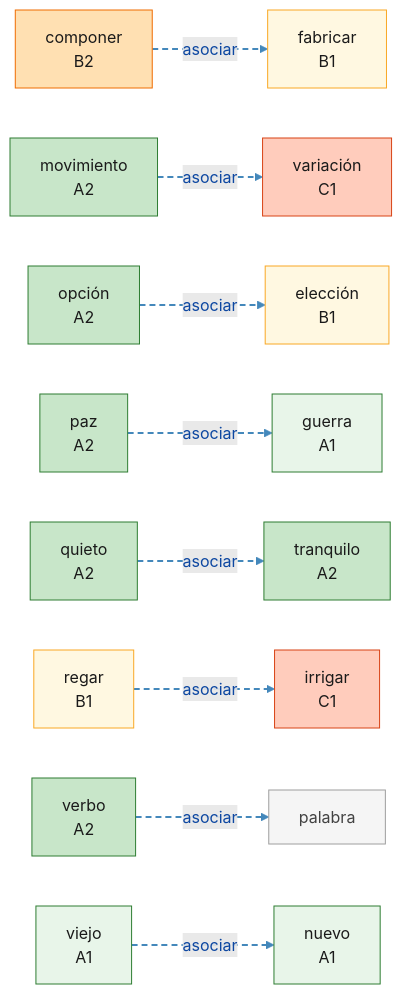
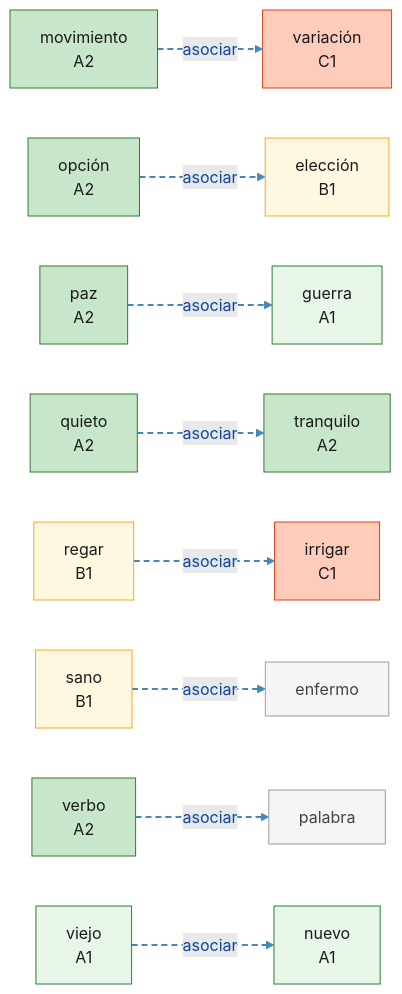
The diagram in mindmaps/asociar_m-z-1-3.md (auding1900/es-raiz-vocab), drawn with Mermaid before and after one commit. The commit also changed other lines of this file and 30 other files, not shown here.

First line of the commit message:
feat(data): 新增 C9 词根导图：path,dol,san,cur,med,vulner,contag,pest

````diff
--- a/mindmaps/asociar_m-z-1-3.md
+++ b/mindmaps/asociar_m-z-1-3.md
@@ -8,59 +8,59 @@
 ```mermaid
 graph LR
-  W_componer["componer<br/>B2"]:::lvlB2
   W_eleccion["elección<br/>B1"]:::lvlB1
-  W_fabricar["fabricar<br/>B1"]:::lvlB1
+  W_enfermo["enfermo"]:::lvlNA
   W_guerra["guerra<br/>A1"]:::lvlA1
   W_irrigar["irrigar<br/>C1"]:::lvlC1
   W_movimiento["movimiento<br/>A2"]:::lvlA2
   W_nuevo["nuevo<br/>A1"]:::lvlA1
   W_opcion["opción<br/>A2"]:::lvlA2
   W_palabra["palabra"]:::lvlNA
   W_paz["paz<br/>A2"]:::lvlA2
   W_quieto["quieto<br/>A2"]:::lvlA2
   W_regar["regar<br/>B1"]:::lvlB1
+  W_sano["sano<br/>B1"]:::lvlB1
   W_tranquilo["tranquilo<br/>A2"]:::lvlA2
   W_variacion["variación<br/>C1"]:::lvlC1
   W_verbo["verbo<br/>A2"]:::lvlA2
   W_viejo["viejo<br/>A1"]:::lvlA1
   W_paz -.->|asociar| W_guerra
+  W_sano -.->|asociar| W_enfermo
   W_verbo -.->|asociar| W_palabra
   W_regar -.->|asociar| W_irrigar
   W_opcion -.->|asociar| W_eleccion
   W_viejo -.->|asociar| W_nuevo
   W_movimiento -.->|asociar| W_variacion
   W_quieto -.->|asociar| W_tranquilo
-  W_componer -.->|asociar| W_fabricar
   linkStyle 0 stroke:#4488bb,stroke-width:2px,stroke-dasharray:6 4
   linkStyle 1 stroke:#4488bb,stroke-width:2px,stroke-dasharray:6 4
   linkStyle 2 stroke:#4488bb,stroke-width:2px,stroke-dasharray:6 4
   linkStyle 3 stroke:#4488bb,stroke-width:2px,stroke-dasharray:6 4
   linkStyle 4 stroke:#4488bb,stroke-width:2px,stroke-dasharray:6 4
   linkStyle 5 stroke:#4488bb,stroke-width:2px,stroke-dasharray:6 4
   linkStyle 6 stroke:#4488bb,stroke-width:2px,stroke-dasharray:6 4
   linkStyle 7 stroke:#4488bb,stroke-width:2px,stroke-dasharray:6 4
   classDef root fill:#bbdefb,stroke:#1565c0,stroke-width:2px,color:#0d47a1
   classDef lvlA1 fill:#e8f5e9,stroke:#2e7d32,color:#1a1a1a
   classDef lvlA2 fill:#c8e6c9,stroke:#2e7d32,color:#1a1a1a
   classDef lvlB1 fill:#fff8e1,stroke:#f9a825,color:#1a1a1a
   classDef lvlB2 fill:#ffe0b2,stroke:#ef6c00,color:#1a1a1a
   classDef lvlC1 fill:#ffccbc,stroke:#d84315,color:#1a1a1a
   classDef lvlC2 fill:#ffcdd2,stroke:#b71c1c,color:#1a1a1a
   classDef lvlNA fill:#f5f5f5,stroke:#9e9e9e,color:#424242
-  click W_componer "https://www.doubao.com/chat?q=%E8%A5%BF%E7%8F%AD%E7%89%99%E8%AF%ADcomponer%EF%BC%8C%E8%AF%8D%E6%A0%B9pon%EF%BC%8C%E8%A7%A3%E9%87%8A%E8%AF%8D%E4%B9%89%E3%80%81DELE%E7%AD%89%E7%BA%A7%E3%80%81%E8%AF%AD%E4%BD%93%E3%80%81%E5%B8%B8%E7%94%A8%E6%90%AD%E9%85%8D%E3%80%81%E8%BF%91%E4%B9%89%E8%AF%8D%E8%BE%A8%E6%9E%90%EF%BC%8C%E5%B9%B6%E4%B8%94%E7%BB%992%E6%9D%A1%E6%9D%A5%E8%87%AA%E5%85%AC%E7%89%88%E8%A5%BF%E8%AF%AD%E6%96%87%E6%9C%AC%EF%BC%88Wikisource%2F%E5%8F%A4%E7%99%BB%E5%A0%A1%EF%BC%89%E7%9A%84%E8%87%AA%E7%84%B6%E4%BE%8B%E5%8F%A5%EF%BC%8C%E4%BE%8B%E5%8F%A5%E4%BC%98%E5%85%88%E9%80%89%E7%94%A8%E7%8E%B0%E4%BB%A3%E6%A0%87%E5%87%86%E8%A5%BF%E7%8F%AD%E7%89%99%E8%AF%AD%EF%BC%8C%E5%8F%A4%E4%BD%93%E4%BE%8B%E5%8F%A5%E6%A0%87%E6%B3%A8%E3%80%90arca%C3%ADsmo%E3%80%91" "豆包查询：componer" _blank
   click W_eleccion "https://www.doubao.com/chat?q=%E8%A5%BF%E7%8F%AD%E7%89%99%E8%AF%ADelecci%C3%B3n%EF%BC%8C%E8%AF%8D%E6%A0%B9leg%EF%BC%8C%E8%A7%A3%E9%87%8A%E8%AF%8D%E4%B9%89%E3%80%81DELE%E7%AD%89%E7%BA%A7%E3%80%81%E8%AF%AD%E4%BD%93%E3%80%81%E5%B8%B8%E7%94%A8%E6%90%AD%E9%85%8D%E3%80%81%E8%BF%91%E4%B9%89%E8%AF%8D%E8%BE%A8%E6%9E%90%EF%BC%8C%E5%B9%B6%E4%B8%94%E7%BB%992%E6%9D%A1%E6%9D%A5%E8%87%AA%E5%85%AC%E7%89%88%E8%A5%BF%E8%AF%AD%E6%96%87%E6%9C%AC%EF%BC%88Wikisource%2F%E5%8F%A4%E7%99%BB%E5%A0%A1%EF%BC%89%E7%9A%84%E8%87%AA%E7%84%B6%E4%BE%8B%E5%8F%A5%EF%BC%8C%E4%BE%8B%E5%8F%A5%E4%BC%98%E5%85%88%E9%80%89%E7%94%A8%E7%8E%B0%E4%BB%A3%E6%A0%87%E5%87%86%E8%A5%BF%E7%8F%AD%E7%89%99%E8%AF%AD%EF%BC%8C%E5%8F%A4%E4%BD%93%E4%BE%8B%E5%8F%A5%E6%A0%87%E6%B3%A8%E3%80%90arca%C3%ADsmo%E3%80%91" "豆包查询：elección" _blank
-  click W_fabricar "https://www.doubao.com/chat?q=%E8%A5%BF%E7%8F%AD%E7%89%99%E8%AF%ADfabricar%EF%BC%8C%E8%AF%8D%E6%A0%B9fac%EF%BC%8C%E8%A7%A3%E9%87%8A%E8%AF%8D%E4%B9%89%E3%80%81DELE%E7%AD%89%E7%BA%A7%E3%80%81%E8%AF%AD%E4%BD%93%E3%80%81%E5%B8%B8%E7%94%A8%E6%90%AD%E9%85%8D%E3%80%81%E8%BF%91%E4%B9%89%E8%AF%8D%E8%BE%A8%E6%9E%90%EF%BC%8C%E5%B9%B6%E4%B8%94%E7%BB%992%E6%9D%A1%E6%9D%A5%E8%87%AA%E5%85%AC%E7%89%88%E8%A5%BF%E8%AF%AD%E6%96%87%E6%9C%AC%EF%BC%88Wikisource%2F%E5%8F%A4%E7%99%BB%E5%A0%A1%EF%BC%89%E7%9A%84%E8%87%AA%E7%84%B6%E4%BE%8B%E5%8F%A5%EF%BC%8C%E4%BE%8B%E5%8F%A5%E4%BC%98%E5%85%88%E9%80%89%E7%94%A8%E7%8E%B0%E4%BB%A3%E6%A0%87%E5%87%86%E8%A5%BF%E7%8F%AD%E7%89%99%E8%AF%AD%EF%BC%8C%E5%8F%A4%E4%BD%93%E4%BE%8B%E5%8F%A5%E6%A0%87%E6%B3%A8%E3%80%90arca%C3%ADsmo%E3%80%91" "豆包查询：fabricar" _blank
+  click W_enfermo "https://www.doubao.com/chat?q=%E8%A5%BF%E7%8F%AD%E7%89%99%E8%AF%ADenfermo%EF%BC%8C%E8%A7%A3%E9%87%8A%E8%AF%8D%E4%B9%89%E3%80%81DELE%E7%AD%89%E7%BA%A7%E3%80%81%E8%AF%AD%E4%BD%93%E3%80%81%E5%B8%B8%E7%94%A8%E6%90%AD%E9%85%8D%E3%80%81%E8%BF%91%E4%B9%89%E8%AF%8D%E8%BE%A8%E6%9E%90%EF%BC%8C%E5%B9%B6%E4%B8%94%E7%BB%992%E6%9D%A1%E6%9D%A5%E8%87%AA%E5%85%AC%E7%89%88%E8%A5%BF%E8%AF%AD%E6%96%87%E6%9C%AC%EF%BC%88Wikisource%2F%E5%8F%A4%E7%99%BB%E5%A0%A1%EF%BC%89%E7%9A%84%E8%87%AA%E7%84%B6%E4%BE%8B%E5%8F%A5%EF%BC%8C%E4%BE%8B%E5%8F%A5%E4%BC%98%E5%85%88%E9%80%89%E7%94%A8%E7%8E%B0%E4%BB%A3%E6%A0%87%E5%87%86%E8%A5%BF%E7%8F%AD%E7%89%99%E8%AF%AD%EF%BC%8C%E5%8F%A4%E4%BD%93%E4%BE%8B%E5%8F%A5%E6%A0%87%E6%B3%A8%E3%80%90arca%C3%ADsmo%E3%80%91" "豆包查询：enfermo" _blank
   click W_guerra "https://www.doubao.com/chat?q=%E8%A5%BF%E7%8F%AD%E7%89%99%E8%AF%ADguerra%EF%BC%8C%E8%AF%8D%E6%A0%B9bell%EF%BC%8C%E8%A7%A3%E9%87%8A%E8%AF%8D%E4%B9%89%E3%80%81DELE%E7%AD%89%E7%BA%A7%E3%80%81%E8%AF%AD%E4%BD%93%E3%80%81%E5%B8%B8%E7%94%A8%E6%90%AD%E9%85%8D%E3%80%81%E8%BF%91%E4%B9%89%E8%AF%8D%E8%BE%A8%E6%9E%90%EF%BC%8C%E5%B9%B6%E4%B8%94%E7%BB%992%E6%9D%A1%E6%9D%A5%E8%87%AA%E5%85%AC%E7%89%88%E8%A5%BF%E8%AF%AD%E6%96%87%E6%9C%AC%EF%BC%88Wikisource%2F%E5%8F%A4%E7%99%BB%E5%A0%A1%EF%BC%89%E7%9A%84%E8%87%AA%E7%84%B6%E4%BE%8B%E5%8F%A5%EF%BC%8C%E4%BE%8B%E5%8F%A5%E4%BC%98%E5%85%88%E9%80%89%E7%94%A8%E7%8E%B0%E4%BB%A3%E6%A0%87%E5%87%86%E8%A5%BF%E7%8F%AD%E7%89%99%E8%AF%AD%EF%BC%8C%E5%8F%A4%E4%BD%93%E4%BE%8B%E5%8F%A5%E6%A0%87%E6%B3%A8%E3%80%90arca%C3%ADsmo%E3%80%91" "豆包查询：guerra" _blank
   click W_irrigar "https://www.doubao.com/chat?q=%E8%A5%BF%E7%8F%AD%E7%89%99%E8%AF%ADirrigar%EF%BC%8C%E8%AF%8D%E6%A0%B9irrig%EF%BC%8C%E8%A7%A3%E9%87%8A%E8%AF%8D%E4%B9%89%E3%80%81DELE%E7%AD%89%E7%BA%A7%E3%80%81%E8%AF%AD%E4%BD%93%E3%80%81%E5%B8%B8%E7%94%A8%E6%90%AD%E9%85%8D%E3%80%81%E8%BF%91%E4%B9%89%E8%AF%8D%E8%BE%A8%E6%9E%90%EF%BC%8C%E5%B9%B6%E4%B8%94%E7%BB%992%E6%9D%A1%E6%9D%A5%E8%87%AA%E5%85%AC%E7%89%88%E8%A5%BF%E8%AF%AD%E6%96%87%E6%9C%AC%EF%BC%88Wikisource%2F%E5%8F%A4%E7%99%BB%E5%A0%A1%EF%BC%89%E7%9A%84%E8%87%AA%E7%84%B6%E4%BE%8B%E5%8F%A5%EF%BC%8C%E4%BE%8B%E5%8F%A5%E4%BC%98%E5%85%88%E9%80%89%E7%94%A8%E7%8E%B0%E4%BB%A3%E6%A0%87%E5%87%86%E8%A5%BF%E7%8F%AD%E7%89%99%E8%AF%AD%EF%BC%8C%E5%8F%A4%E4%BD%93%E4%BE%8B%E5%8F%A5%E6%A0%87%E6%B3%A8%E3%80%90arca%C3%ADsmo%E3%80%91" "豆包查询：irrigar" _blank
   click W_movimiento "https://www.doubao.com/chat?q=%E8%A5%BF%E7%8F%AD%E7%89%99%E8%AF%ADmovimiento%EF%BC%8C%E8%AF%8D%E6%A0%B9mov%EF%BC%8C%E8%A7%A3%E9%87%8A%E8%AF%8D%E4%B9%89%E3%80%81DELE%E7%AD%89%E7%BA%A7%E3%80%81%E8%AF%AD%E4%BD%93%E3%80%81%E5%B8%B8%E7%94%A8%E6%90%AD%E9%85%8D%E3%80%81%E8%BF%91%E4%B9%89%E8%AF%8D%E8%BE%A8%E6%9E%90%EF%BC%8C%E5%B9%B6%E4%B8%94%E7%BB%992%E6%9D%A1%E6%9D%A5%E8%87%AA%E5%85%AC%E7%89%88%E8%A5%BF%E8%AF%AD%E6%96%87%E6%9C%AC%EF%BC%88Wikisource%2F%E5%8F%A4%E7%99%BB%E5%A0%A1%EF%BC%89%E7%9A%84%E8%87%AA%E7%84%B6%E4%BE%8B%E5%8F%A5%EF%BC%8C%E4%BE%8B%E5%8F%A5%E4%BC%98%E5%85%88%E9%80%89%E7%94%A8%E7%8E%B0%E4%BB%A3%E6%A0%87%E5%87%86%E8%A5%BF%E7%8F%AD%E7%89%99%E8%AF%AD%EF%BC%8C%E5%8F%A4%E4%BD%93%E4%BE%8B%E5%8F%A5%E6%A0%87%E6%B3%A8%E3%80%90arca%C3%ADsmo%E3%80%91" "豆包查询：movimiento" _blank
   click W_nuevo "https://www.doubao.com/chat?q=%E8%A5%BF%E7%8F%AD%E7%89%99%E8%AF%ADnuevo%EF%BC%8C%E8%AF%8D%E6%A0%B9nov%EF%BC%8C%E8%A7%A3%E9%87%8A%E8%AF%8D%E4%B9%89%E3%80%81DELE%E7%AD%89%E7%BA%A7%E3%80%81%E8%AF%AD%E4%BD%93%E3%80%81%E5%B8%B8%E7%94%A8%E6%90%AD%E9%85%8D%E3%80%81%E8%BF%91%E4%B9%89%E8%AF%8D%E8%BE%A8%E6%9E%90%EF%BC%8C%E5%B9%B6%E4%B8%94%E7%BB%992%E6%9D%A1%E6%9D%A5%E8%87%AA%E5%85%AC%E7%89%88%E8%A5%BF%E8%AF%AD%E6%96%87%E6%9C%AC%EF%BC%88Wikisource%2F%E5%8F%A4%E7%99%BB%E5%A0%A1%EF%BC%89%E7%9A%84%E8%87%AA%E7%84%B6%E4%BE%8B%E5%8F%A5%EF%BC%8C%E4%BE%8B%E5%8F%A5%E4%BC%98%E5%85%88%E9%80%89%E7%94%A8%E7%8E%B0%E4%BB%A3%E6%A0%87%E5%87%86%E8%A5%BF%E7%8F%AD%E7%89%99%E8%AF%AD%EF%BC%8C%E5%8F%A4%E4%BD%93%E4%BE%8B%E5%8F%A5%E6%A0%87%E6%B3%A8%E3%80%90arca%C3%ADsmo%E3%80%91" "豆包查询：nuevo" _blank
   click W_opcion "https://www.doubao.com/chat?q=%E8%A5%BF%E7%8F%AD%E7%89%99%E8%AF%ADopci%C3%B3n%EF%BC%8C%E8%AF%8D%E6%A0%B9opt%EF%BC%8C%E8%A7%A3%E9%87%8A%E8%AF%8D%E4%B9%89%E3%80%81DELE%E7%AD%89%E7%BA%A7%E3%80%81%E8%AF%AD%E4%BD%93%E3%80%81%E5%B8%B8%E7%94%A8%E6%90%AD%E9%85%8D%E3%80%81%E8%BF%91%E4%B9%89%E8%AF%8D%E8%BE%A8%E6%9E%90%EF%BC%8C%E5%B9%B6%E4%B8%94%E7%BB%992%E6%9D%A1%E6%9D%A5%E8%87%AA%E5%85%AC%E7%89%88%E8%A5%BF%E8%AF%AD%E6%96%87%E6%9C%AC%EF%BC%88Wikisource%2F%E5%8F%A4%E7%99%BB%E5%A0%A1%EF%BC%89%E7%9A%84%E8%87%AA%E7%84%B6%E4%BE%8B%E5%8F%A5%EF%BC%8C%E4%BE%8B%E5%8F%A5%E4%BC%98%E5%85%88%E9%80%89%E7%94%A8%E7%8E%B0%E4%BB%A3%E6%A0%87%E5%87%86%E8%A5%BF%E7%8F%AD%E7%89%99%E8%AF%AD%EF%BC%8C%E5%8F%A4%E4%BD%93%E4%BE%8B%E5%8F%A5%E6%A0%87%E6%B3%A8%E3%80%90arca%C3%ADsmo%E3%80%91" "豆包查询：opción" _blank
   click W_palabra "https://www.doubao.com/chat?q=%E8%A5%BF%E7%8F%AD%E7%89%99%E8%AF%ADpalabra%EF%BC%8C%E8%A7%A3%E9%87%8A%E8%AF%8D%E4%B9%89%E3%80%81DELE%E7%AD%89%E7%BA%A7%E3%80%81%E8%AF%AD%E4%BD%93%E3%80%81%E5%B8%B8%E7%94%A8%E6%90%AD%E9%85%8D%E3%80%81%E8%BF%91%E4%B9%89%E8%AF%8D%E8%BE%A8%E6%9E%90%EF%BC%8C%E5%B9%B6%E4%B8%94%E7%BB%992%E6%9D%A1%E6%9D%A5%E8%87%AA%E5%85%AC%E7%89%88%E8%A5%BF%E8%AF%AD%E6%96%87%E6%9C%AC%EF%BC%88Wikisource%2F%E5%8F%A4%E7%99%BB%E5%A0%A1%EF%BC%89%E7%9A%84%E8%87%AA%E7%84%B6%E4%BE%8B%E5%8F%A5%EF%BC%8C%E4%BE%8B%E5%8F%A5%E4%BC%98%E5%85%88%E9%80%89%E7%94%A8%E7%8E%B0%E4%BB%A3%E6%A0%87%E5%87%86%E8%A5%BF%E7%8F%AD%E7%89%99%E8%AF%AD%EF%BC%8C%E5%8F%A4%E4%BD%93%E4%BE%8B%E5%8F%A5%E6%A0%87%E6%B3%A8%E3%80%90arca%C3%ADsmo%E3%80%91" "豆包查询：palabra" _blank
   click W_paz "https://www.doubao.com/chat?q=%E8%A5%BF%E7%8F%AD%E7%89%99%E8%AF%ADpaz%EF%BC%8C%E8%AF%8D%E6%A0%B9pac%EF%BC%8C%E8%A7%A3%E9%87%8A%E8%AF%8D%E4%B9%89%E3%80%81DELE%E7%AD%89%E7%BA%A7%E3%80%81%E8%AF%AD%E4%BD%93%E3%80%81%E5%B8%B8%E7%94%A8%E6%90%AD%E9%85%8D%E3%80%81%E8%BF%91%E4%B9%89%E8%AF%8D%E8%BE%A8%E6%9E%90%EF%BC%8C%E5%B9%B6%E4%B8%94%E7%BB%992%E6%9D%A1%E6%9D%A5%E8%87%AA%E5%85%AC%E7%89%88%E8%A5%BF%E8%AF%AD%E6%96%87%E6%9C%AC%EF%BC%88Wikisource%2F%E5%8F%A4%E7%99%BB%E5%A0%A1%EF%BC%89%E7%9A%84%E8%87%AA%E7%84%B6%E4%BE%8B%E5%8F%A5%EF%BC%8C%E4%BE%8B%E5%8F%A5%E4%BC%98%E5%85%88%E9%80%89%E7%94%A8%E7%8E%B0%E4%BB%A3%E6%A0%87%E5%87%86%E8%A5%BF%E7%8F%AD%E7%89%99%E8%AF%AD%EF%BC%8C%E5%8F%A4%E4%BD%93%E4%BE%8B%E5%8F%A5%E6%A0%87%E6%B3%A8%E3%80%90arca%C3%ADsmo%E3%80%91" "豆包查询：paz" _blank
   click W_quieto "https://www.doubao.com/chat?q=%E8%A5%BF%E7%8F%AD%E7%89%99%E8%AF%ADquieto%EF%BC%8C%E8%AF%8D%E6%A0%B9quies%EF%BC%8C%E8%A7%A3%E9%87%8A%E8%AF%8D%E4%B9%89%E3%80%81DELE%E7%AD%89%E7%BA%A7%E3%80%81%E8%AF%AD%E4%BD%93%E3%80%81%E5%B8%B8%E7%94%A8%E6%90%AD%E9%85%8D%E3%80%81%E8%BF%91%E4%B9%89%E8%AF%8D%E8%BE%A8%E6%9E%90%EF%BC%8C%E5%B9%B6%E4%B8%94%E7%BB%992%E6%9D%A1%E6%9D%A5%E8%87%AA%E5%85%AC%E7%89%88%E8%A5%BF%E8%AF%AD%E6%96%87%E6%9C%AC%EF%BC%88Wikisource%2F%E5%8F%A4%E7%99%BB%E5%A0%A1%EF%BC%89%E7%9A%84%E8%87%AA%E7%84%B6%E4%BE%8B%E5%8F%A5%EF%BC%8C%E4%BE%8B%E5%8F%A5%E4%BC%98%E5%85%88%E9%80%89%E7%94%A8%E7%8E%B0%E4%BB%A3%E6%A0%87%E5%87%86%E8%A5%BF%E7%8F%AD%E7%89%99%E8%AF%AD%EF%BC%8C%E5%8F%A4%E4%BD%93%E4%BE%8B%E5%8F%A5%E6%A0%87%E6%B3%A8%E3%80%90arca%C3%ADsmo%E3%80%91" "豆包查询：quieto" _blank
   click W_regar "https://www.doubao.com/chat?q=%E8%A5%BF%E7%8F%AD%E7%89%99%E8%AF%ADregar%EF%BC%8C%E8%AF%8D%E6%A0%B9rig%EF%BC%8C%E8%A7%A3%E9%87%8A%E8%AF%8D%E4%B9%89%E3%80%81DELE%E7%AD%89%E7%BA%A7%E3%80%81%E8%AF%AD%E4%BD%93%E3%80%81%E5%B8%B8%E7%94%A8%E6%90%AD%E9%85%8D%E3%80%81%E8%BF%91%E4%B9%89%E8%AF%8D%E8%BE%A8%E6%9E%90%EF%BC%8C%E5%B9%B6%E4%B8%94%E7%BB%992%E6%9D%A1%E6%9D%A5%E8%87%AA%E5%85%AC%E7%89%88%E8%A5%BF%E8%AF%AD%E6%96%87%E6%9C%AC%EF%BC%88Wikisource%2F%E5%8F%A4%E7%99%BB%E5%A0%A1%EF%BC%89%E7%9A%84%E8%87%AA%E7%84%B6%E4%BE%8B%E5%8F%A5%EF%BC%8C%E4%BE%8B%E5%8F%A5%E4%BC%98%E5%85%88%E9%80%89%E7%94%A8%E7%8E%B0%E4%BB%A3%E6%A0%87%E5%87%86%E8%A5%BF%E7%8F%AD%E7%89%99%E8%AF%AD%EF%BC%8C%E5%8F%A4%E4%BD%93%E4%BE%8B%E5%8F%A5%E6%A0%87%E6%B3%A8%E3%80%90arca%C3%ADsmo%E3%80%91" "豆包查询：regar" _blank
+  click W_sano "https://www.doubao.com/chat?q=%E8%A5%BF%E7%8F%AD%E7%89%99%E8%AF%ADsano%EF%BC%8C%E8%AF%8D%E6%A0%B9san%EF%BC%8C%E8%A7%A3%E9%87%8A%E8%AF%8D%E4%B9%89%E3%80%81DELE%E7%AD%89%E7%BA%A7%E3%80%81%E8%AF%AD%E4%BD%93%E3%80%81%E5%B8%B8%E7%94%A8%E6%90%AD%E9%85%8D%E3%80%81%E8%BF%91%E4%B9%89%E8%AF%8D%E8%BE%A8%E6%9E%90%EF%BC%8C%E5%B9%B6%E4%B8%94%E7%BB%992%E6%9D%A1%E6%9D%A5%E8%87%AA%E5%85%AC%E7%89%88%E8%A5%BF%E8%AF%AD%E6%96%87%E6%9C%AC%EF%BC%88Wikisource%2F%E5%8F%A4%E7%99%BB%E5%A0%A1%EF%BC%89%E7%9A%84%E8%87%AA%E7%84%B6%E4%BE%8B%E5%8F%A5%EF%BC%8C%E4%BE%8B%E5%8F%A5%E4%BC%98%E5%85%88%E9%80%89%E7%94%A8%E7%8E%B0%E4%BB%A3%E6%A0%87%E5%87%86%E8%A5%BF%E7%8F%AD%E7%89%99%E8%AF%AD%EF%BC%8C%E5%8F%A4%E4%BD%93%E4%BE%8B%E5%8F%A5%E6%A0%87%E6%B3%A8%E3%80%90arca%C3%ADsmo%E3%80%91" "豆包查询：sano" _blank
   click W_tranquilo "https://www.doubao.com/chat?q=%E8%A5%BF%E7%8F%AD%E7%89%99%E8%AF%ADtranquilo%EF%BC%8C%E8%AF%8D%E6%A0%B9tranqu%EF%BC%8C%E8%A7%A3%E9%87%8A%E8%AF%8D%E4%B9%89%E3%80%81DELE%E7%AD%89%E7%BA%A7%E3%80%81%E8%AF%AD%E4%BD%93%E3%80%81%E5%B8%B8%E7%94%A8%E6%90%AD%E9%85%8D%E3%80%81%E8%BF%91%E4%B9%89%E8%AF%8D%E8%BE%A8%E6%9E%90%EF%BC%8C%E5%B9%B6%E4%B8%94%E7%BB%992%E6%9D%A1%E6%9D%A5%E8%87%AA%E5%85%AC%E7%89%88%E8%A5%BF%E8%AF%AD%E6%96%87%E6%9C%AC%EF%BC%88Wikisource%2F%E5%8F%A4%E7%99%BB%E5%A0%A1%EF%BC%89%E7%9A%84%E8%87%AA%E7%84%B6%E4%BE%8B%E5%8F%A5%EF%BC%8C%E4%BE%8B%E5%8F%A5%E4%BC%98%E5%85%88%E9%80%89%E7%94%A8%E7%8E%B0%E4%BB%A3%E6%A0%87%E5%87%86%E8%A5%BF%E7%8F%AD%E7%89%99%E8%AF%AD%EF%BC%8C%E5%8F%A4%E4%BD%93%E4%BE%8B%E5%8F%A5%E6%A0%87%E6%B3%A8%E3%80%90arca%C3%ADsmo%E3%80%91" "豆包查询：tranquilo" _blank
   click W_variacion "https://www.doubao.com/chat?q=%E8%A5%BF%E7%8F%AD%E7%89%99%E8%AF%ADvariaci%C3%B3n%EF%BC%8C%E8%AF%8D%E6%A0%B9vari%EF%BC%8C%E8%A7%A3%E9%87%8A%E8%AF%8D%E4%B9%89%E3%80%81DELE%E7%AD%89%E7%BA%A7%E3%80%81%E8%AF%AD%E4%BD%93%E3%80%81%E5%B8%B8%E7%94%A8%E6%90%AD%E9%85%8D%E3%80%81%E8%BF%91%E4%B9%89%E8%AF%8D%E8%BE%A8%E6%9E%90%EF%BC%8C%E5%B9%B6%E4%B8%94%E7%BB%992%E6%9D%A1%E6%9D%A5%E8%87%AA%E5%85%AC%E7%89%88%E8%A5%BF%E8%AF%AD%E6%96%87%E6%9C%AC%EF%BC%88Wikisource%2F%E5%8F%A4%E7%99%BB%E5%A0%A1%EF%BC%89%E7%9A%84%E8%87%AA%E7%84%B6%E4%BE%8B%E5%8F%A5%EF%BC%8C%E4%BE%8B%E5%8F%A5%E4%BC%98%E5%85%88%E9%80%89%E7%94%A8%E7%8E%B0%E4%BB%A3%E6%A0%87%E5%87%86%E8%A5%BF%E7%8F%AD%E7%89%99%E8%AF%AD%EF%BC%8C%E5%8F%A4%E4%BD%93%E4%BE%8B%E5%8F%A5%E6%A0%87%E6%B3%A8%E3%80%90arca%C3%ADsmo%E3%80%91" "豆包查询：variación" _blank
   click W_verbo "https://www.doubao.com/chat?q=%E8%A5%BF%E7%8F%AD%E7%89%99%E8%AF%ADverbo%EF%BC%8C%E8%AF%8D%E6%A0%B9verb%EF%BC%8C%E8%A7%A3%E9%87%8A%E8%AF%8D%E4%B9%89%E3%80%81DELE%E7%AD%89%E7%BA%A7%E3%80%81%E8%AF%AD%E4%BD%93%E3%80%81%E5%B8%B8%E7%94%A8%E6%90%AD%E9%85%8D%E3%80%81%E8%BF%91%E4%B9%89%E8%AF%8D%E8%BE%A8%E6%9E%90%EF%BC%8C%E5%B9%B6%E4%B8%94%E7%BB%992%E6%9D%A1%E6%9D%A5%E8%87%AA%E5%85%AC%E7%89%88%E8%A5%BF%E8%AF%AD%E6%96%87%E6%9C%AC%EF%BC%88Wikisource%2F%E5%8F%A4%E7%99%BB%E5%A0%A1%EF%BC%89%E7%9A%84%E8%87%AA%E7%84%B6%E4%BE%8B%E5%8F%A5%EF%BC%8C%E4%BE%8B%E5%8F%A5%E4%BC%98%E5%85%88%E9%80%89%E7%94%A8%E7%8E%B0%E4%BB%A3%E6%A0%87%E5%87%86%E8%A5%BF%E7%8F%AD%E7%89%99%E8%AF%AD%EF%BC%8C%E5%8F%A4%E4%BD%93%E4%BE%8B%E5%8F%A5%E6%A0%87%E6%B3%A8%E3%80%90arca%C3%ADsmo%E3%80%91" "豆包查询：verbo" _blank
   click W_viejo "https://www.doubao.com/chat?q=%E8%A5%BF%E7%8F%AD%E7%89%99%E8%AF%ADviejo%EF%BC%8C%E8%AF%8D%E6%A0%B9vet%EF%BC%8C%E8%A7%A3%E9%87%8A%E8%AF%8D%E4%B9%89%E3%80%81DELE%E7%AD%89%E7%BA%A7%E3%80%81%E8%AF%AD%E4%BD%93%E3%80%81%E5%B8%B8%E7%94%A8%E6%90%AD%E9%85%8D%E3%80%81%E8%BF%91%E4%B9%89%E8%AF%8D%E8%BE%A8%E6%9E%90%EF%BC%8C%E5%B9%B6%E4%B8%94%E7%BB%992%E6%9D%A1%E6%9D%A5%E8%87%AA%E5%85%AC%E7%89%88%E8%A5%BF%E8%AF%AD%E6%96%87%E6%9C%AC%EF%BC%88Wikisource%2F%E5%8F%A4%E7%99%BB%E5%A0%A1%EF%BC%89%E7%9A%84%E8%87%AA%E7%84%B6%E4%BE%8B%E5%8F%A5%EF%BC%8C%E4%BE%8B%E5%8F%A5%E4%BC%98%E5%85%88%E9%80%89%E7%94%A8%E7%8E%B0%E4%BB%A3%E6%A0%87%E5%87%86%E8%A5%BF%E7%8F%AD%E7%89%99%E8%AF%AD%EF%BC%8C%E5%8F%A4%E4%BD%93%E4%BE%8B%E5%8F%A5%E6%A0%87%E6%B3%A8%E3%80%90arca%C3%ADsmo%E3%80%91" "豆包查询：viejo" _blank
 ```
````
